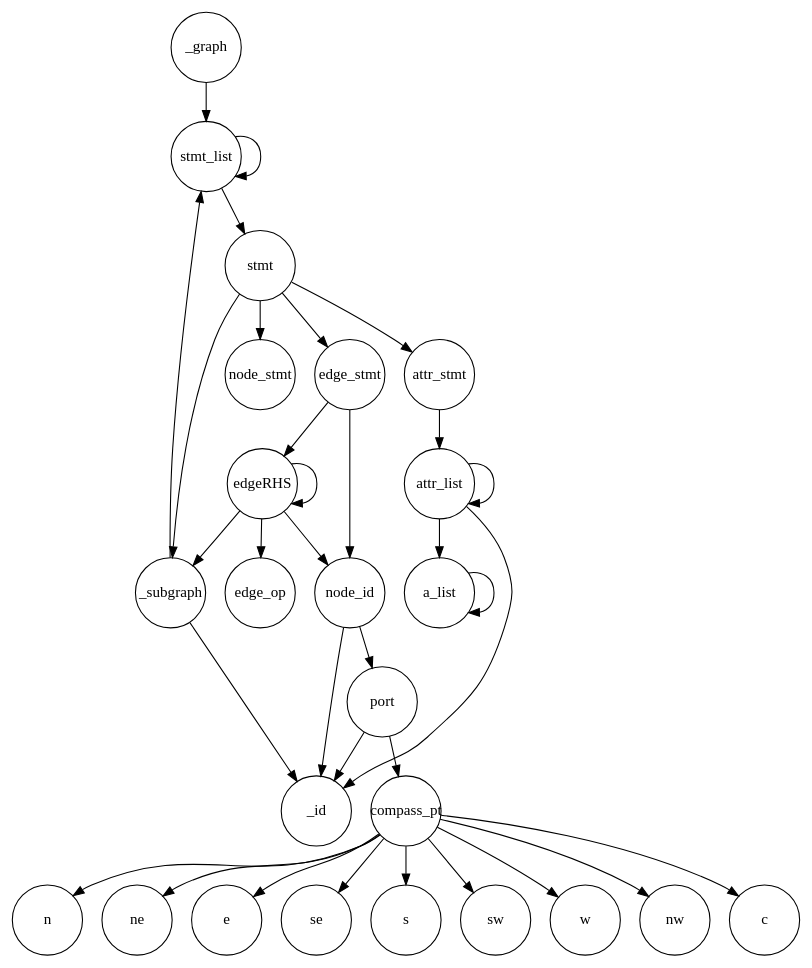
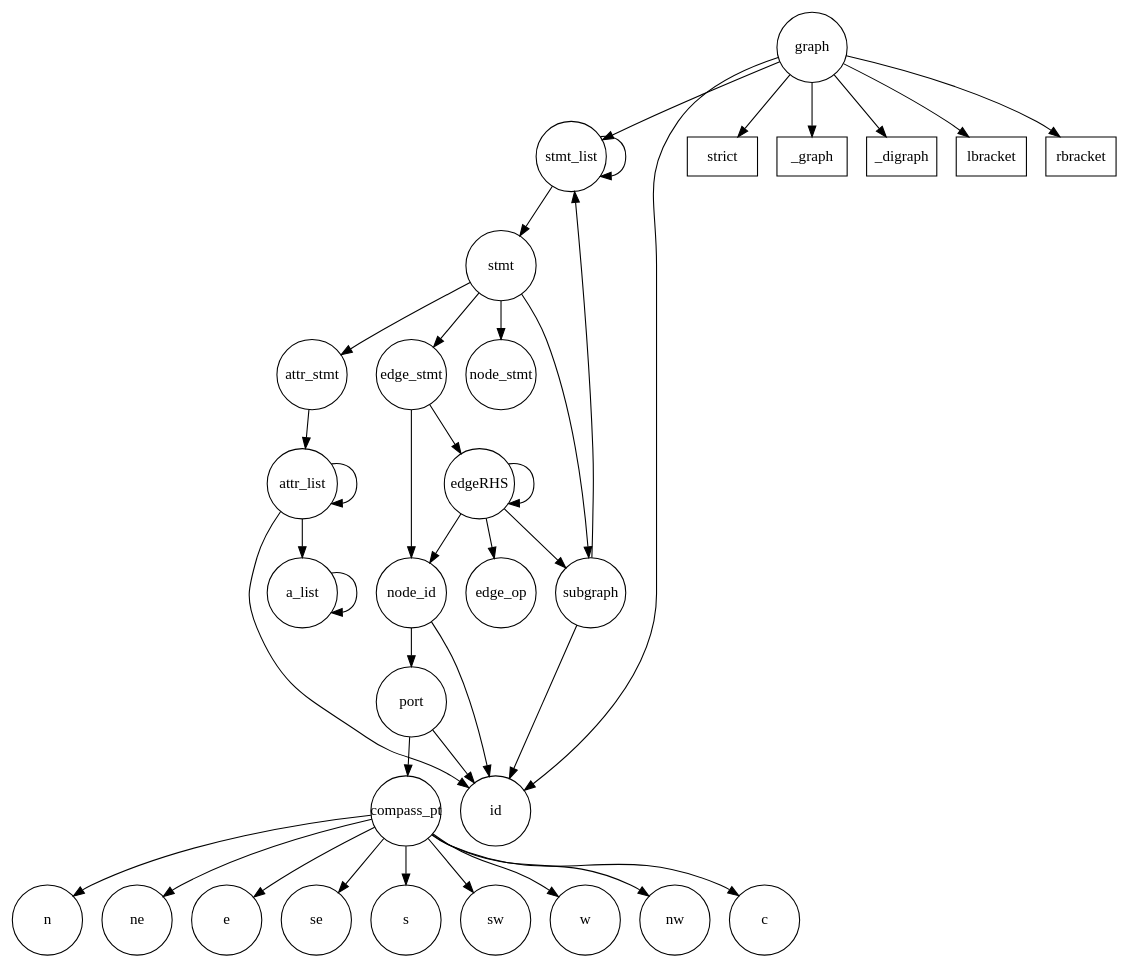
Before and after one commit to ekoontz/gremlin: the diagram in data/grammar.gv, drawn with Graphviz.

Commit message:
grammar of the DOT language, transcribed from http://www.graphviz.org/doc/info/lang.html

```diff
--- a/data/grammar.gv
+++ b/data/grammar.gv
@@ -1,55 +1,66 @@
 digraph Grammar {
 
 	node [ shape=circle, fixedsize=true, width=0.9 ];
 
-	_graph;stmt_list;stmt;node_stmt;edge_stmt;attr_stmt;
-	_subgraph;attr_stmt;attr_list;a_list;_id;
+	"graph";stmt_list;stmt;node_stmt;edge_stmt;attr_stmt;
+	"subgraph";attr_stmt;attr_list;a_list;"id";
 	node_id;edgeRHS;
 	port;
 	edge_op;
 	compass_pt;	
 	
 	n;ne;e;se;s;sw;w;nw;c;
 
-	_graph->stmt_list;
+	node [ shape=box, fixedsize=true, width=0.9 ];
+	
+	"strict";_graph;_digraph;lbracket;rbracket;
+
+	"graph"->"strict";
+	"graph"->_graph;
+	"graph"->_digraph;
+	"graph"->"id";
+	"graph"->lbracket;
+	"graph"->stmt_list;
+	"graph"->rbracket;
+
 	stmt_list->stmt;
 	stmt_list->stmt_list;
 
 	stmt->node_stmt;
 	stmt->edge_stmt;
 	stmt->attr_stmt;	
-	stmt->_subgraph;
+	stmt->"subgraph";
 
 	attr_stmt->attr_list;
 
 	attr_list->a_list;
 	attr_list->attr_list;
-	attr_list->_id;
+	attr_list->"id";
 	a_list->a_list;
 	
 	edge_stmt->node_id;
 	edge_stmt->edgeRHS;
 
 	edgeRHS->edge_op;
 	edgeRHS->node_id;
-	edgeRHS->_subgraph;
+	edgeRHS->"subgraph";
 	edgeRHS->edgeRHS;
 
-	node_id->_id;
+	node_id->"id";
 	node_id->port;
 
-	port->_id;
+	port->"id";
 	port->compass_pt;
-	_subgraph->_id;
-	_subgraph->stmt_list;
+	"subgraph"->"id";
+	"subgraph"->stmt_list;
 
 	compass_pt->n;
 	compass_pt->ne;
 	compass_pt->e;
 	compass_pt->se;
 	compass_pt->s;
 	compass_pt->sw;
 	compass_pt->w;
 	compass_pt->nw;
 	compass_pt->c;
 }
```
